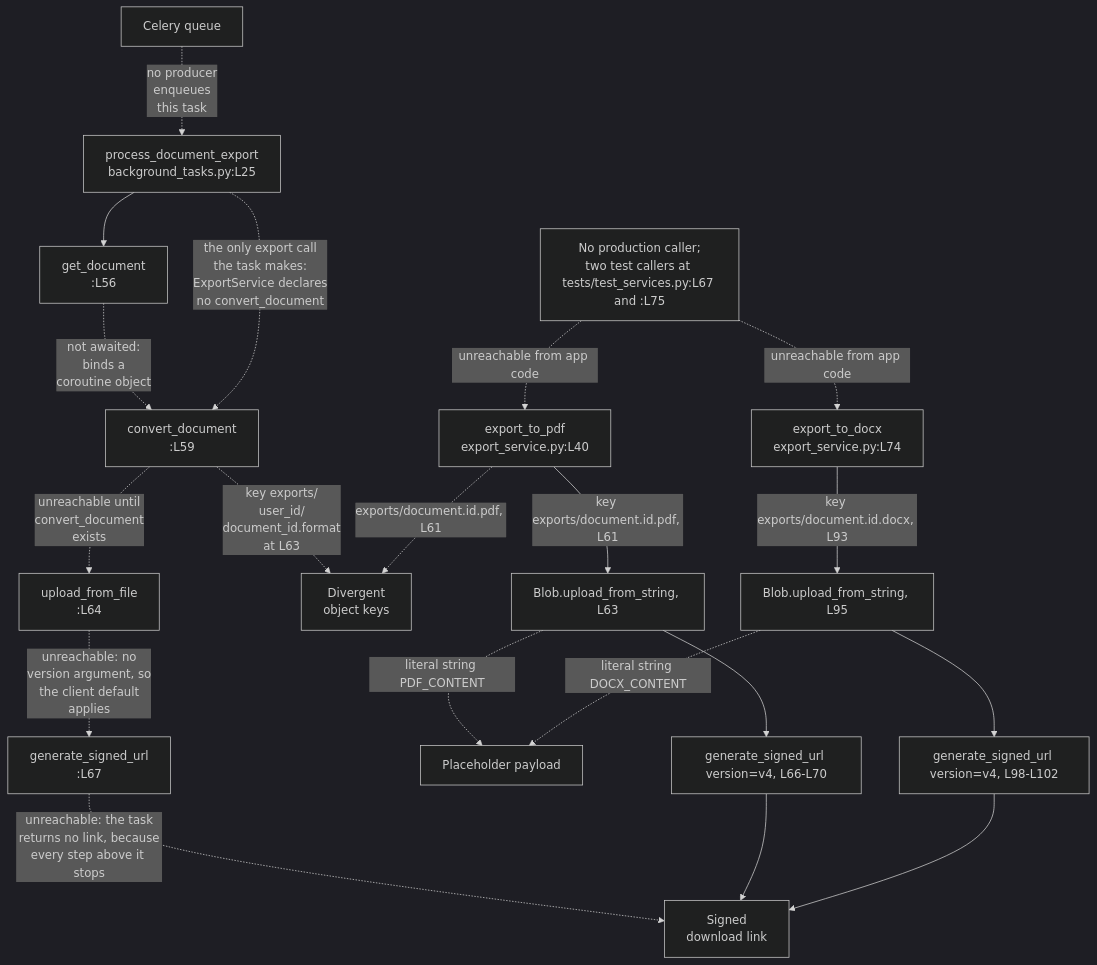
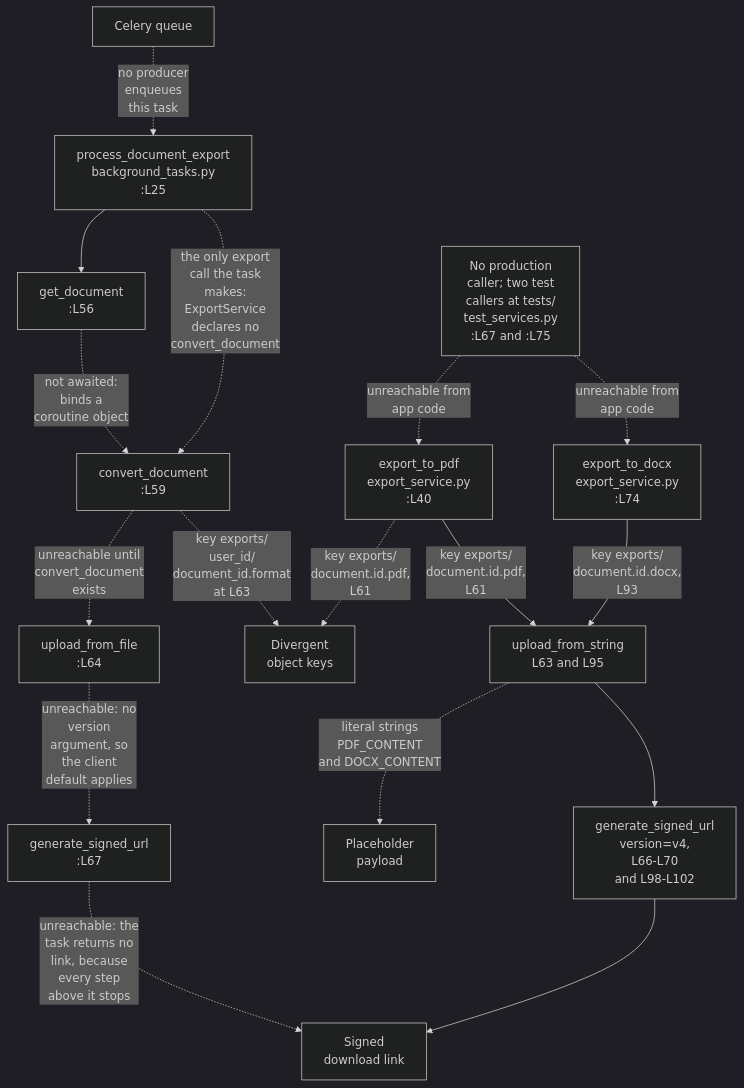
Before and after one commit to blitzy-public-samples/microsoft-word-u33ko0: the second of 2 diagrams in backend/app/services/README.md, drawn with Mermaid (dark theme). The commit also changed other lines of this file and 25 other files, not shown here.

````diff
--- a/backend/app/services/README.md
+++ b/backend/app/services/README.md
@@ -173,27 +173,24 @@
 ```mermaid
 flowchart TD
     accTitle: The export job lifecycle across the task and the two service methods
-    accDescr: The task path cannot complete because ExportService declares no convert_document. The two written service methods are dead code with no caller, and the two paths build divergent object keys. The two methods share one column because their structure is identical, and both line numbers appear in each node.
-    Q["Celery queue"] -.->|"no producer<br/>enqueues<br/>this task"| T["process_document_export<br/>background_tasks.py:L25"]
+    accDescr: The task path cannot complete because ExportService declares no convert_document. The two written service methods are dead code with no caller, and the two paths build divergent object keys. The two methods run as parallel branches, and the steps they share appear once with both line numbers in the node.
+    Q["Celery queue"] -.->|"no producer<br/>enqueues<br/>this task"| T["process_document_export<br/>background_tasks.py<br/>:L25"]
     T --> G["get_document<br/>:L56"]
     G -.->|"not awaited:<br/>binds a<br/>coroutine object"| C
-    T -.->|"the only export call<br/>the task makes:<br/>ExportService declares<br/>no convert_document"| C["convert_document<br/>:L59"]
+    T -.->|"the only export<br/>call the task<br/>makes:<br/>ExportService<br/>declares no<br/>convert_document"| C["convert_document<br/>:L59"]
     C -.->|"unreachable until<br/>convert_document<br/>exists"| UT["upload_from_file<br/>:L64"]
-    UT -.->|"unreachable: no<br/>version argument, so<br/>the client default<br/>applies"| ST["generate_signed_url<br/>:L67"]
-    ST -.->|"unreachable: the task<br/>returns no link, because<br/>every step above it stops"| URL["Signed<br/>download link"]
+    UT -.->|"unreachable: no<br/>version<br/>argument, so<br/>the client<br/>default applies"| ST["generate_signed_url<br/>:L67"]
+    ST -.->|"unreachable: the<br/>task returns no<br/>link, because<br/>every step<br/>above it stops"| URL["Signed<br/>download link"]
     C -.->|"key exports/<br/>user_id/<br/>document_id.format<br/>at L63"| K["Divergent<br/>object keys"]
 
-    NC["No production caller;<br/>two test callers at tests/test_services.py:L67 and :L75"] -.->|"unreachable from app code"| P["export_to_pdf<br/>export_service.py:L40"]
-    NC -.->|"unreachable from app code"| D["export_to_docx<br/>export_service.py:L74"]
-    P -->|"key exports/document.id.pdf, L61"| UP["Blob.upload_from_string, L63"]
-    D -->|"key exports/document.id.docx, L93"| UD["Blob.upload_from_string, L95"]
-    UP -.->|"literal string PDF_CONTENT"| PL["Placeholder payload"]
-    UD -.->|"literal string DOCX_CONTENT"| PL
-    UP --> SP["generate_signed_url version=v4, L66-L70"]
-    UD --> SD["generate_signed_url version=v4, L98-L102"]
-    SP --> URL
-    SD --> URL
-    P -.->|"exports/document.id.pdf, L61"| K
+    NC["No production<br/>caller; two test<br/>callers at tests/<br/>test_services.py<br/>:L67 and :L75"] -.->|"unreachable from<br/>app code"| P["export_to_pdf<br/>export_service.py<br/>:L40"]
+    NC -.->|"unreachable from<br/>app code"| D["export_to_docx<br/>export_service.py<br/>:L74"]
+    P -->|"key exports/<br/>document.id.pdf,<br/>L61"| UPD["upload_from_string<br/>L63 and L95"]
+    D -->|"key exports/<br/>document.id.docx,<br/>L93"| UPD
+    UPD -.->|"literal strings<br/>PDF_CONTENT<br/>and DOCX_CONTENT"| PL["Placeholder<br/>payload"]
+    UPD --> SPD["generate_signed_url<br/>version=v4,<br/>L66-L70<br/>and L98-L102"]
+    SPD --> URL
+    P -.->|"key exports/<br/>document.id.pdf,<br/>L61"| K
 %% Dashed edges mark a call that does not exist or cannot resolve.
 %% Solid edges inside export_to_pdf and export_to_docx are written and unreached.
 ```
````
